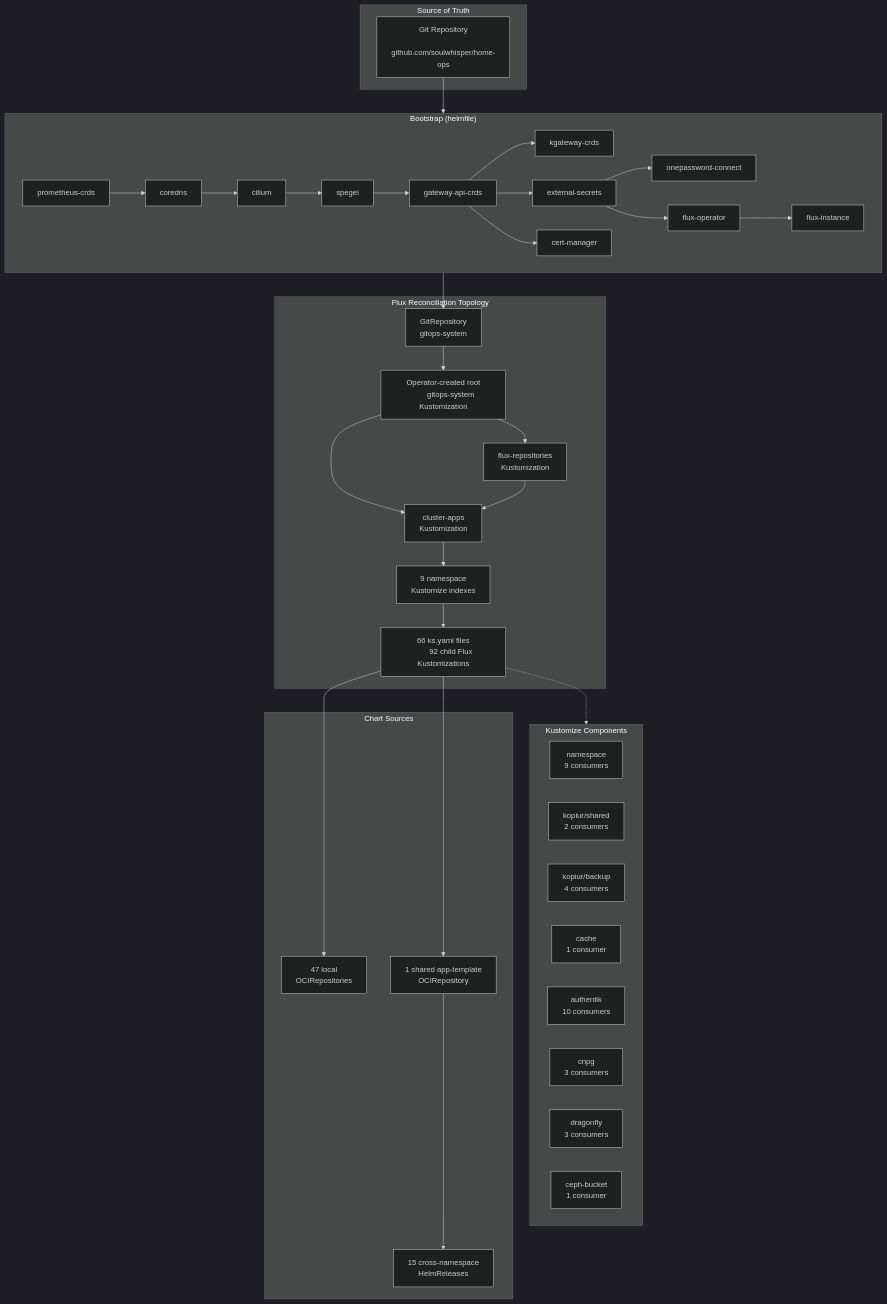
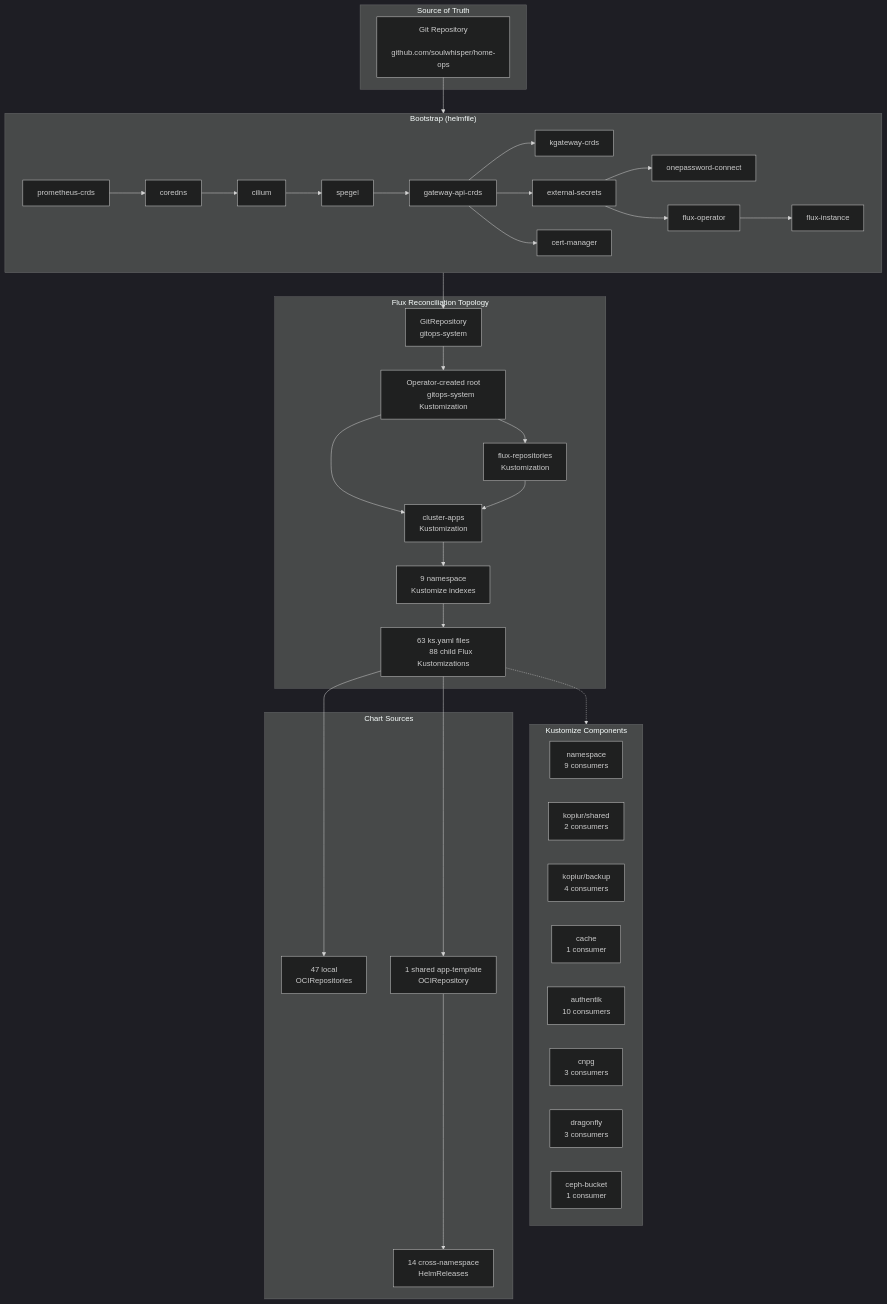
The diagram in docs/infrastructure/kubernetes.md (soulwhisper/home-ops), drawn with Mermaid (dark theme) before and after one commit. The commit also changed other lines of this file and 60 other files, not shown here.

````diff
--- a/docs/infrastructure/kubernetes.md
+++ b/docs/infrastructure/kubernetes.md
@@ -12,71 +12,71 @@
 ```mermaid
 flowchart TB
     subgraph Source["Source of Truth"]
         GIT["Git Repository
         github.com/soulwhisper/home-ops"]
     end
 
     subgraph Bootstrap["Bootstrap (helmfile)"]
         direction LR
         B1["prometheus-crds"] --> B2["coredns"]
         B2 --> B3["cilium"]
         B3 --> B4["spegel"]
         B4 --> B5["gateway-api-crds"]
         B5 --> B6["kgateway-crds"]
         B5 --> B7["external-secrets"]
         B5 --> B8["cert-manager"]
         B7 --> B9["onepassword-connect"]
         B7 --> B11["flux-operator"]
         B11 --> B12["flux-instance"]
     end
 
     subgraph FluxTopo["Flux Reconciliation Topology"]
         GR["GitRepository
         gitops-system"] --> ROOT["Operator-created root
         gitops-system Kustomization"]
         ROOT --> FR["flux-repositories
         Kustomization"]
         ROOT --> CA["cluster-apps
         Kustomization"]
         FR --> CA
         CA --> NS["9 namespace
         Kustomize indexes"]
-        NS --> APPS["66 ks.yaml files
-        92 child Flux Kustomizations"]
+        NS --> APPS["63 ks.yaml files
+        88 child Flux Kustomizations"]
     end
 
     subgraph Components["Kustomize Components"]
         NS_COMP["namespace
         9 consumers"]
         KOPIUR_SECRET["kopiur/shared
         2 consumers"]
         KOPIUR_BACKUP["kopiur/backup
         4 consumers"]
         CACHE["cache
         1 consumer"]
         AUTHENTIK["authentik
         10 consumers"]
         CNPG["cnpg
         3 consumers"]
         DRAGONFLY["dragonfly
         3 consumers"]
         CEPH["ceph-bucket
         1 consumer"]
     end
 
     subgraph Charts["Chart Sources"]
         OCI_OWN["47 local
         OCIRepositories"]
         OCI_TPL["1 shared app-template
         OCIRepository"]
-        CROSS["15 cross-namespace
+        CROSS["14 cross-namespace
         HelmReleases"]
     end
 
     GIT --> Bootstrap
     Bootstrap --> GR
     APPS -.-> Components
     APPS --> OCI_OWN
     APPS --> OCI_TPL
     OCI_TPL --> CROSS
 ```
````
